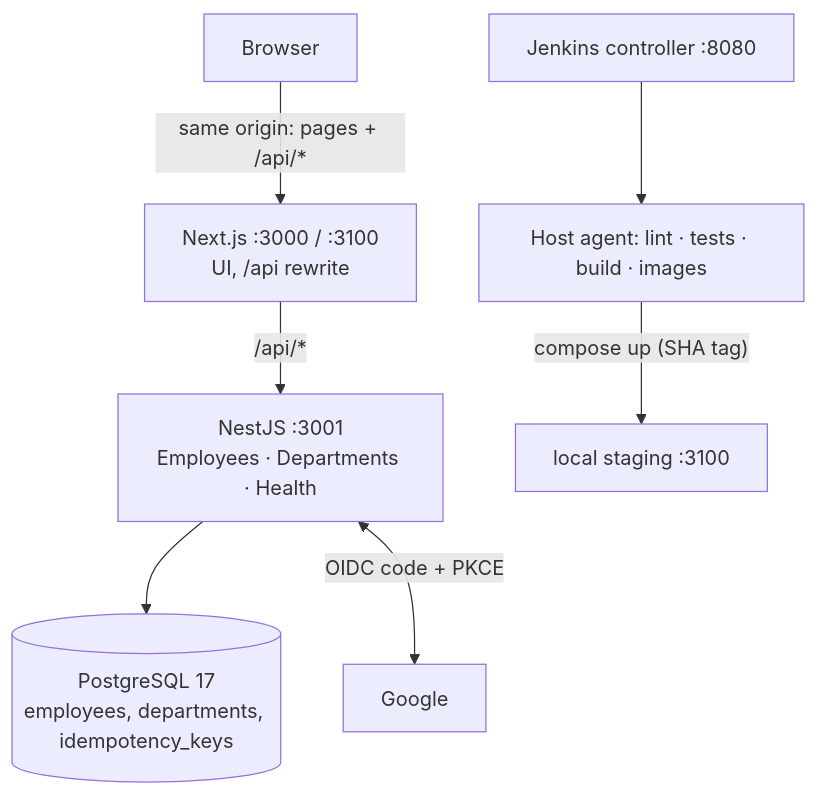
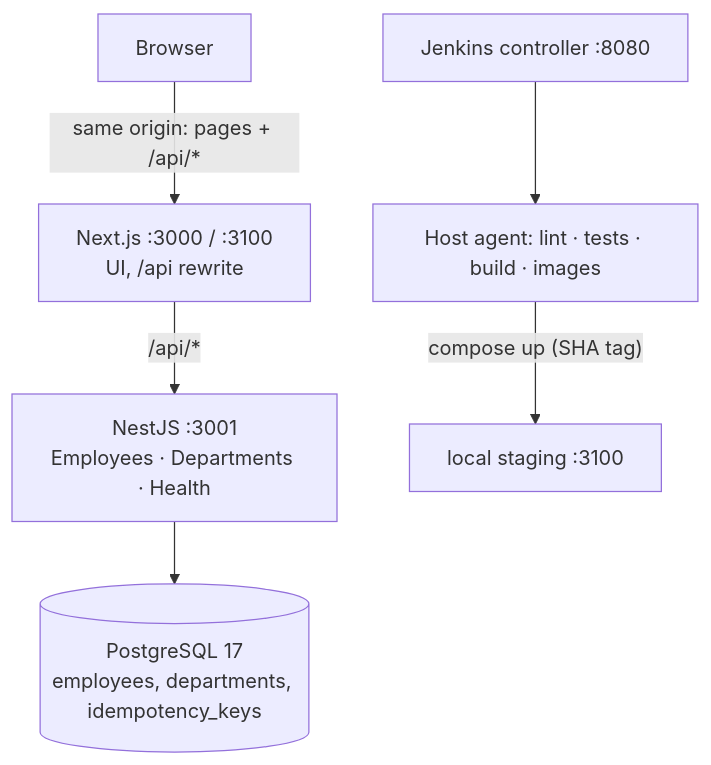
One commit to sittipong-hemloun/helius-tech-test changed the diagram in docs/architecture.md. Above: the diagram before and after it, drawn with Mermaid. The commit also changed other lines of this file and 6 other files, not shown here.

````diff
--- a/docs/architecture.md
+++ b/docs/architecture.md
@@ -5,9 +5,8 @@
 ```mermaid
 flowchart TD
     B["Browser"] -->|"same origin: pages + /api/*"| W["Next.js :3000 / :3100<br/>UI, /api rewrite"]
     W -->|"/api/*"| A["NestJS :3001<br/>Employees · Departments · Health"]
     A --> DB[("PostgreSQL 17<br/>employees, departments, idempotency_keys")]
-    A <-->|"OIDC code + PKCE"| G["Google"]
     J["Jenkins controller :8080"] --> JA["Host agent: lint · tests · build · images"]
     JA -->|"compose up (SHA tag)"| ST["local staging :3100"]
 ```
````
